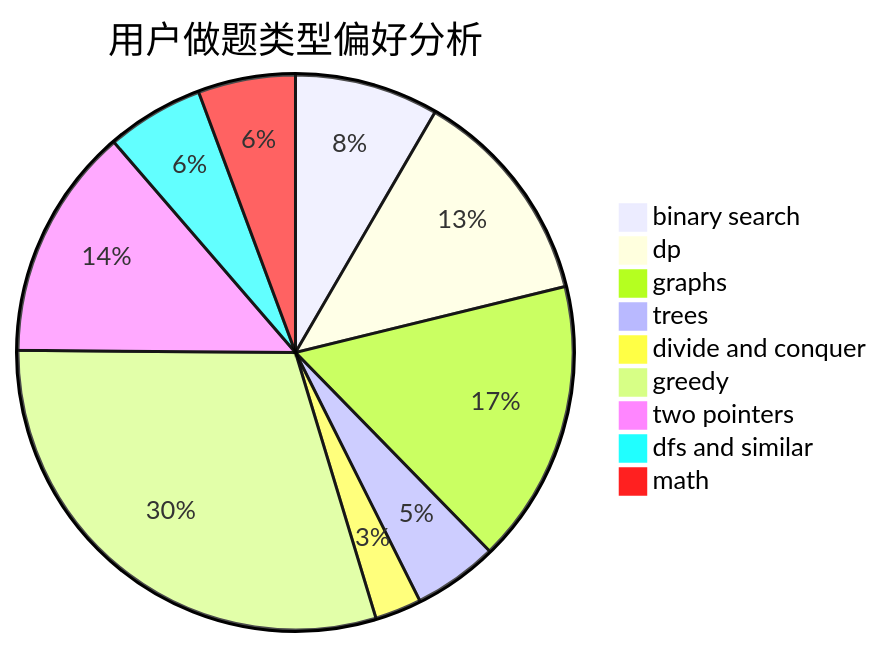
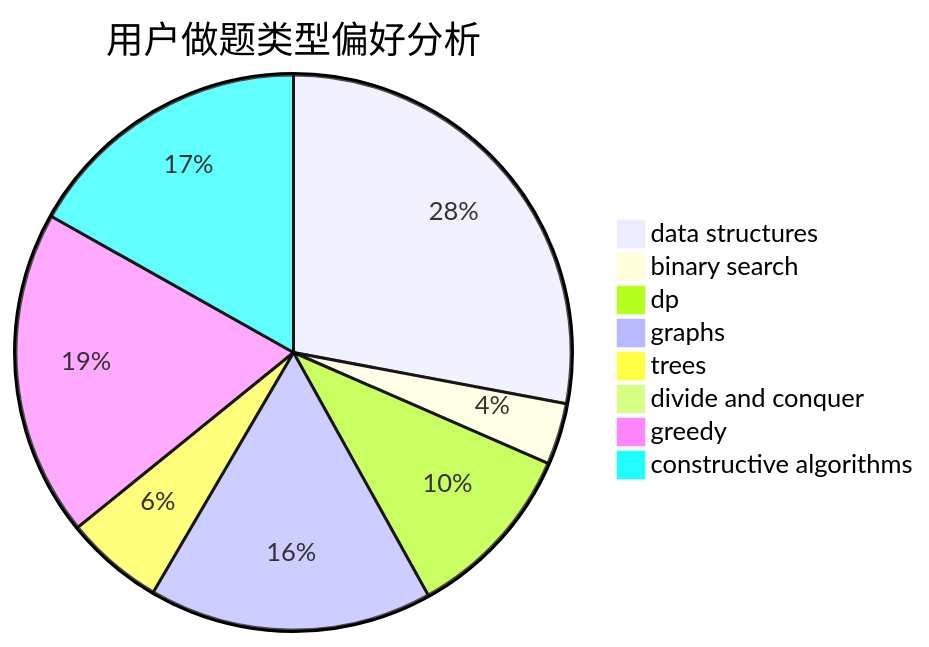
Before and after one commit to sherpahu/cfrs.github.io: the second of 3 diagrams in docs/user/u2635.md, drawn with Mermaid. The commit also changed other lines of this file and 2775 other files, not shown here.

````diff
--- a/docs/user/u2635.md
+++ b/docs/user/u2635.md
@@ -23,12 +23,11 @@
 ```mermaid
 pie title 用户做题类型偏好分析
-    "binary search" :  34
-    "dp" :  52
-    "graphs" :  67
-    "trees" :  20
-    "divide and conquer" :  11
-    "greedy" :  121
-    "two pointers" :  55
-    "dfs and similar" :  23
-    "math" :  23
+    "data structures" :  78
+    "binary search" :  10
+    "dp" :  29
+    "graphs" :  46
+    "trees" :  16
+    "divide and conquer" :  0
+    "greedy" :  53
+    "constructive algorithms" :  47
 ```
````
